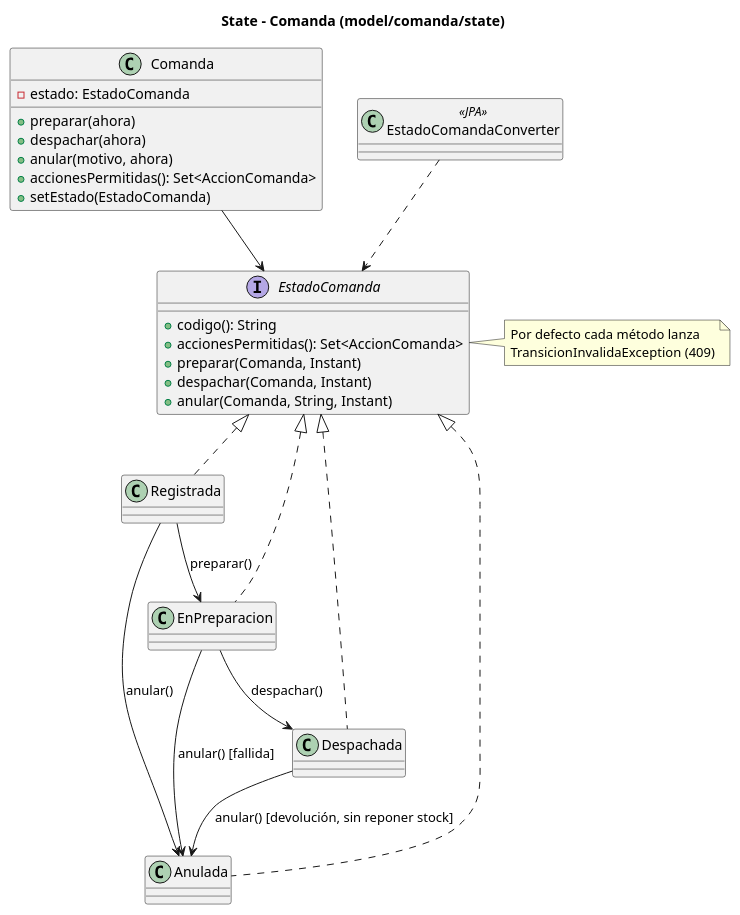
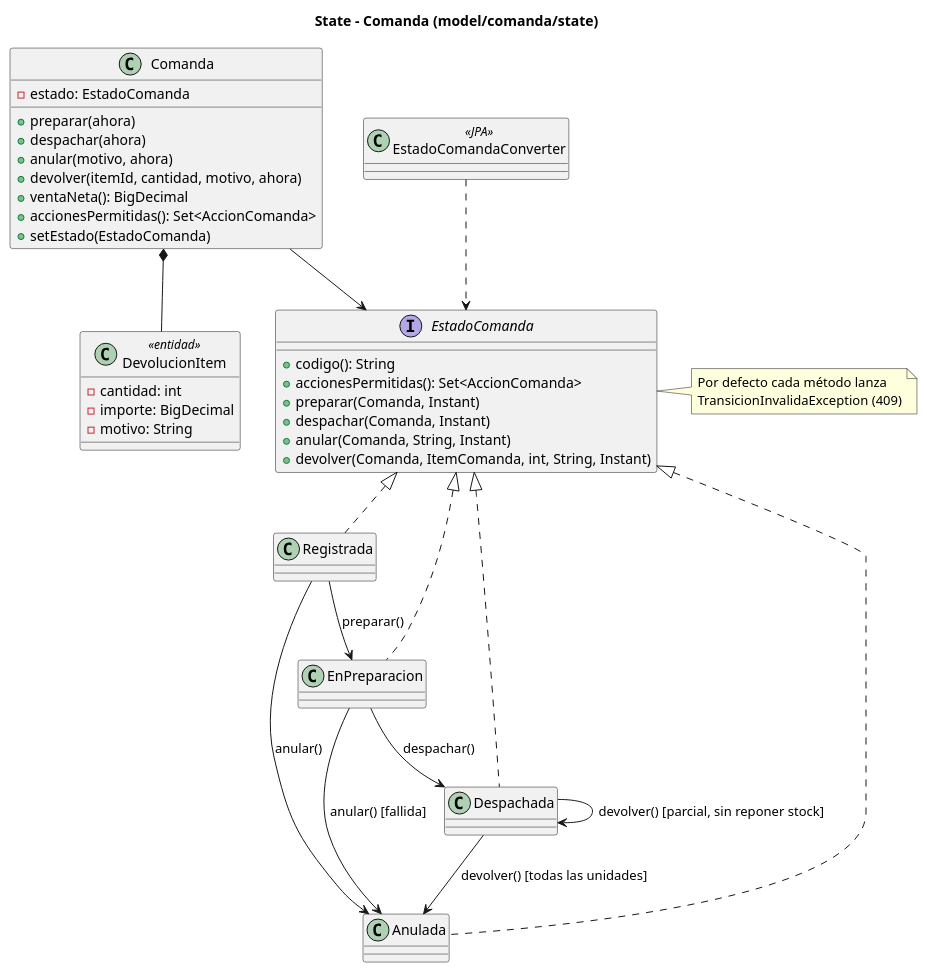
Before and after one commit to SantiMorgan/TPO_pdd_Grupo4: the second of 5 diagrams in docs/uml/BarStock_Implementado.puml, drawn with PlantUML. The commit also changed other lines of this file and 103 other files, not shown here.

```diff
--- a/docs/uml/BarStock_Implementado.puml
+++ b/docs/uml/BarStock_Implementado.puml
@@ -78,37 +80,47 @@
 @startuml StateImplementado
 title State - Comanda (model/comanda/state)
 
 class Comanda {
   -estado: EstadoComanda
   +preparar(ahora)
   +despachar(ahora)
   +anular(motivo, ahora)
+  +devolver(itemId, cantidad, motivo, ahora)
+  +ventaNeta(): BigDecimal
   +accionesPermitidas(): Set<AccionComanda>
   +setEstado(EstadoComanda)
+}
+class DevolucionItem <<entidad>> {
+  -cantidad: int
+  -importe: BigDecimal
+  -motivo: String
 }
 interface EstadoComanda {
   +codigo(): String
   +accionesPermitidas(): Set<AccionComanda>
   +preparar(Comanda, Instant)
   +despachar(Comanda, Instant)
   +anular(Comanda, String, Instant)
+  +devolver(Comanda, ItemComanda, int, String, Instant)
 }
 note right of EstadoComanda : Por defecto cada método lanza\nTransicionInvalidaException (409)
 class Registrada
 class EnPreparacion
 class Despachada
 class Anulada
 class EstadoComandaConverter <<JPA>>
 
 Comanda --> EstadoComanda
+Comanda *-- DevolucionItem
 EstadoComanda <|.. Registrada
 EstadoComanda <|.. EnPreparacion
 EstadoComanda <|.. Despachada
 EstadoComanda <|.. Anulada
 Registrada --> EnPreparacion : preparar()
 Registrada --> Anulada : anular()
 EnPreparacion --> Despachada : despachar()
 EnPreparacion --> Anulada : anular() [fallida]
-Despachada --> Anulada : anular() [devolución, sin reponer stock]
+Despachada --> Despachada : devolver() [parcial, sin reponer stock]
+Despachada --> Anulada : devolver() [todas las unidades]
 EstadoComandaConverter ..> EstadoComanda
 @enduml
```
